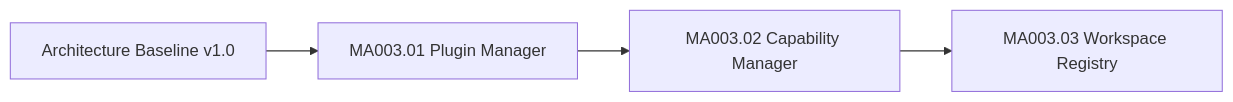
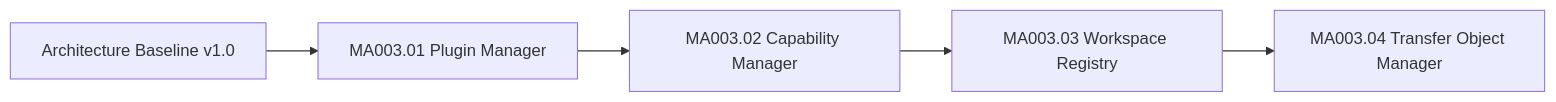
One commit to rk-engineeringAToutlook-de/RKWorkspace changed the diagram in Docs/Development/MA003_Progress.md. Above: the diagram before and after it, drawn with Mermaid. The commit also changed other lines of this file and 15 other files, not shown here.

Commit message:
feat(core): add transfer object manager

````diff
--- a/Docs/Development/MA003_Progress.md
+++ b/Docs/Development/MA003_Progress.md
@@ -14,6 +14,7 @@
 ```mermaid
 flowchart LR
     Baseline["Architecture Baseline v1.0"] --> MA00301["MA003.01 Plugin Manager"]
     MA00301 --> MA00302["MA003.02 Capability Manager"]
     MA00302 --> MA00303["MA003.03 Workspace Registry"]
+    MA00303 --> MA00304["MA003.04 Transfer Object Manager"]
 ```
````
